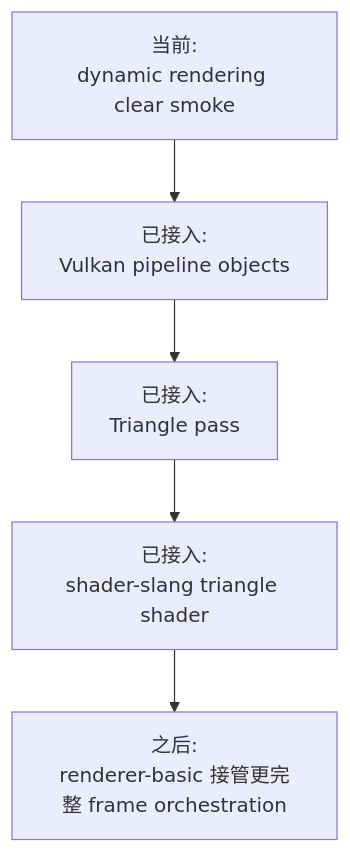
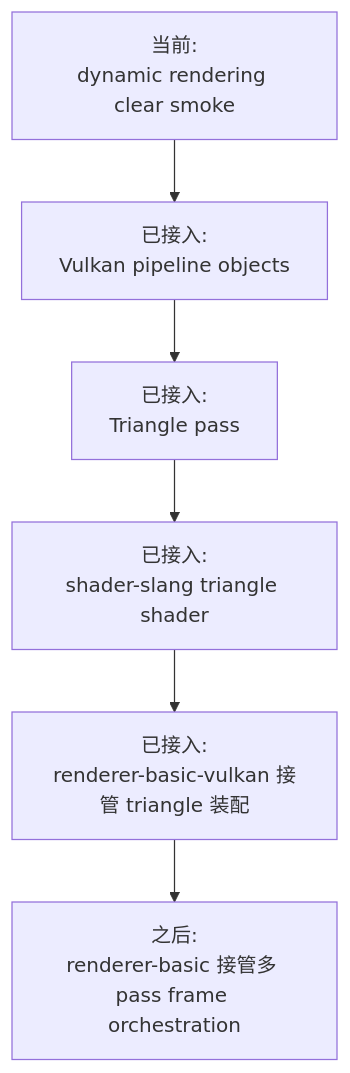
One commit to 66six11/Engine changed the ninth of 9 diagrams in docs/flow-architecture.md. Above: the diagram before and after it, drawn with Mermaid. The commit also changed other lines of this file and 5 other files, not shown here.

Commit message:
Move triangle pipeline setup into renderer basic

````diff
--- a/docs/flow-architecture.md
+++ b/docs/flow-architecture.md
@@ -259,10 +258,11 @@
 ```mermaid
 flowchart TD
     Now["当前:<br/>dynamic rendering clear smoke"]
     Step1["已接入:<br/>Vulkan pipeline objects"]
     Step2["已接入:<br/>Triangle pass"]
     Step3["已接入:<br/>shader-slang triangle shader"]
-    Step4["之后:<br/>renderer-basic 接管更完整 frame orchestration"]
+    Step4["已接入:<br/>renderer-basic-vulkan 接管 triangle 装配"]
+    Step5["之后:<br/>renderer-basic 接管多 pass frame orchestration"]
 
-    Now --> Step1 --> Step2 --> Step3 --> Step4
+    Now --> Step1 --> Step2 --> Step3 --> Step4 --> Step5
 ```
````
